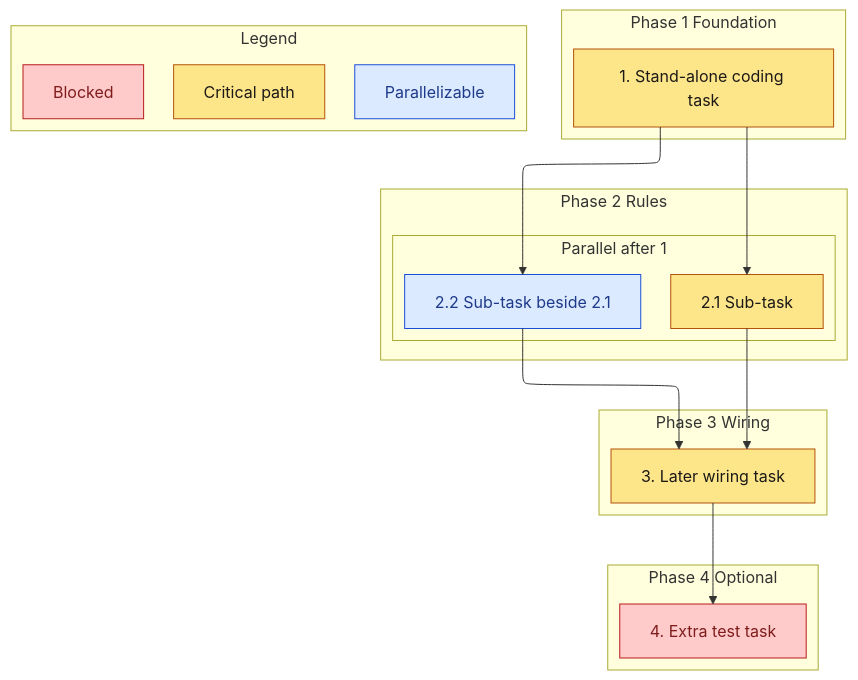
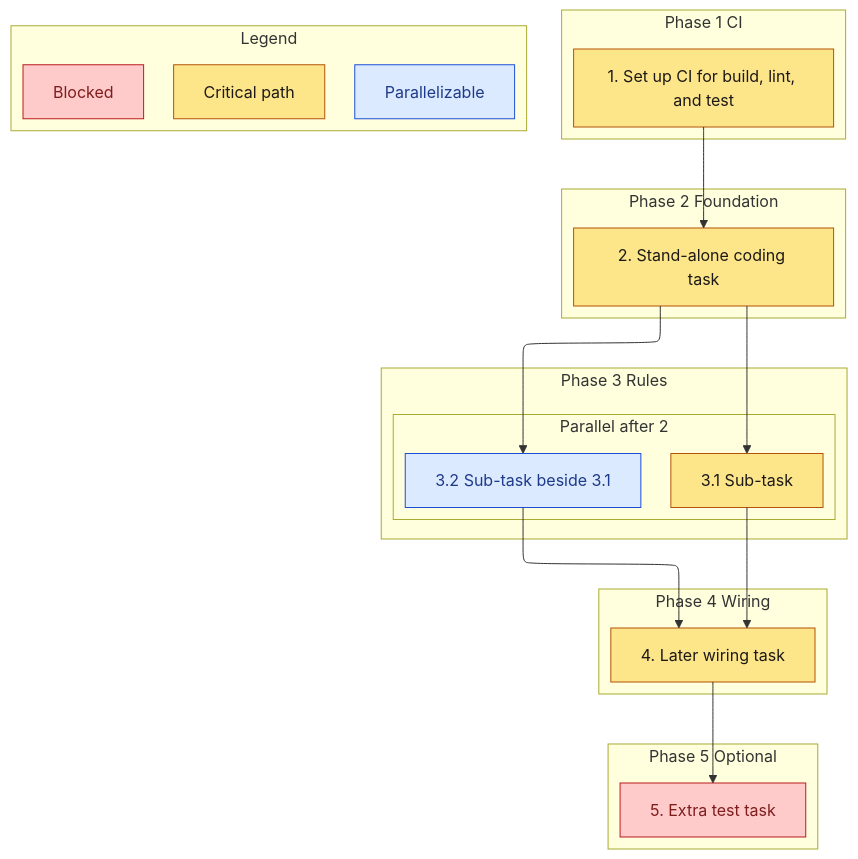
One commit to sohampatwardhan/kiro-sdd-skills changed the diagram in skills/kiro-tasks/assets/tasks.md. Above: the diagram before and after it, drawn with Mermaid. The commit also changed other lines of this file and 3 other files, not shown here.

````diff
--- a/skills/kiro-tasks/assets/tasks.md
+++ b/skills/kiro-tasks/assets/tasks.md
@@ -27,40 +31,44 @@
 ```mermaid
 ---
 config:
   layout: elk
 ---
 flowchart TB
-  subgraph phase1 [Phase 1 Foundation]
-    t1["1. Stand-alone coding task"]
+  subgraph phase1 [Phase 1 CI]
+    t1["1. Set up CI for build, lint, and test"]
   end
-  subgraph phase2 [Phase 2 Rules]
-    subgraph parallel2 [Parallel after 1]
-      t21["2.1 Sub-task"]
-      t22["2.2 Sub-task beside 2.1"]
+  subgraph phase2 [Phase 2 Foundation]
+    t2["2. Stand-alone coding task"]
+  end
+  subgraph phase3 [Phase 3 Rules]
+    subgraph parallel3 [Parallel after 2]
+      t31["3.1 Sub-task"]
+      t32["3.2 Sub-task beside 3.1"]
     end
   end
-  subgraph phase3 [Phase 3 Wiring]
-    t3["3. Later wiring task"]
+  subgraph phase4 [Phase 4 Wiring]
+    t4["4. Later wiring task"]
   end
-  subgraph phase4 [Phase 4 Optional]
-    t4["4. Extra test task"]
+  subgraph phase5 [Phase 5 Optional]
+    t5["5. Extra test task"]
   end
   subgraph legend [Legend]
     legCrit["Critical path"]
     legPar["Parallelizable"]
     legBlock["Blocked"]
   end
-  t1 --> t21
-  t1 --> t22
-  t21 --> t3
-  t22 --> t3
-  t3 --> t4
+  t1 --> t2
+  t2 --> t31
+  t2 --> t32
+  t31 --> t4
+  t32 --> t4
+  t4 --> t5
   classDef critical fill:#fde68a,stroke:#b45309,color:#1c1917
   classDef parallel fill:#dbeafe,stroke:#1d4ed8,color:#1e3a8a
   classDef blocked fill:#fecaca,stroke:#b91c1c,color:#7f1d1d
-  class t1,t21,t3 critical
-  class t22 parallel
-  class t4,legBlock blocked
+  class t1,t2,t31,t4 critical
+  class t32 parallel
+  class t5,legBlock blocked
   class legCrit critical
   class legPar parallel
 ```
````
